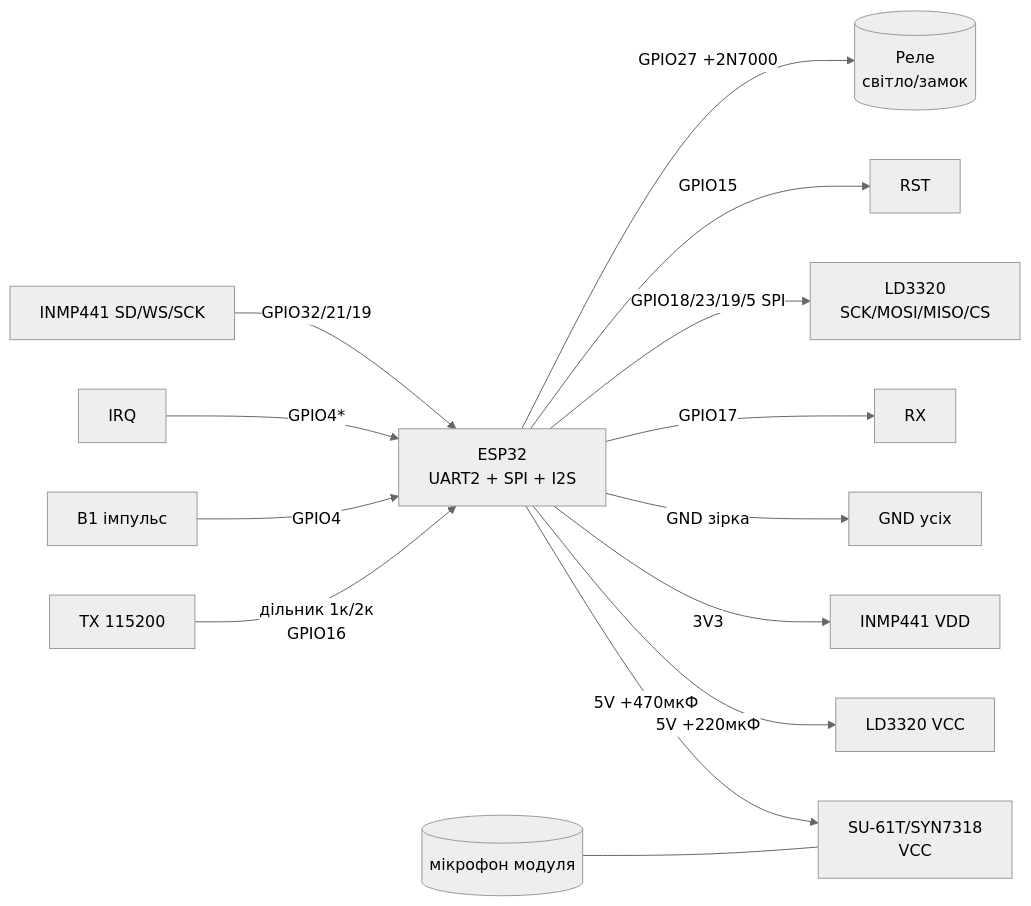
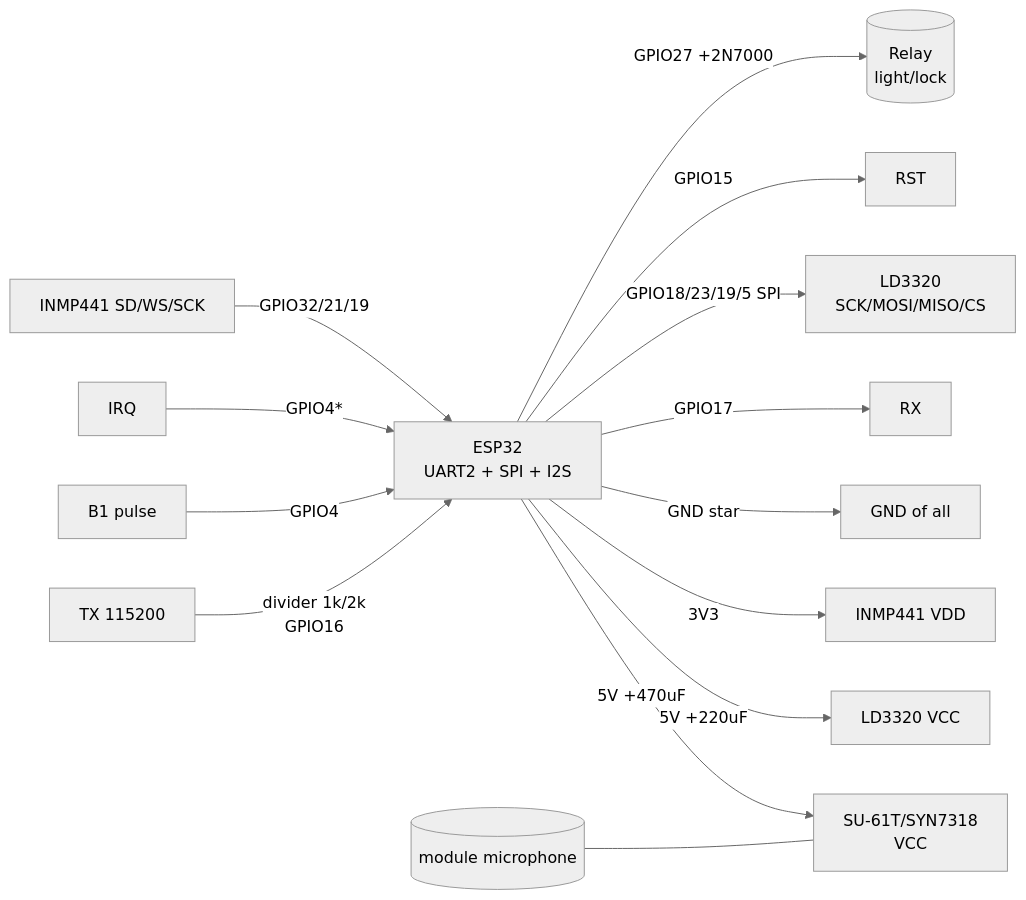
One commit to ksalab/embedded-reference changed the diagram in obsidian_vault/ESP32-Reference/EN/12-Comm-Modules/16-Offline-Voice.en.md. Above: the diagram before and after it, drawn with Mermaid (neutral theme). The commit also changed other lines of this file and 76 other files, not shown here.

````diff
--- a/obsidian_vault/ESP32-Reference/EN/12-Comm-Modules/16-Offline-Voice.en.md
+++ b/obsidian_vault/ESP32-Reference/EN/12-Comm-Modules/16-Offline-Voice.en.md
@@ -293,16 +293,16 @@
 ```mermaid
 graph LR
-    ESP32[ESP32<br/>UART2 + SPI + I2S] -->|5V +470мкФ| SU[SU-61T/SYN7318<br/>VCC]
-    ESP32 -->|5V +220мкФ| LDVCC[LD3320 VCC]
+    ESP32[ESP32<br/>UART2 + SPI + I2S] -->|5V +470uF| SU[SU-61T/SYN7318<br/>VCC]
+    ESP32 -->|5V +220uF| LDVCC[LD3320 VCC]
     ESP32 -->|3V3| INMVDD[INMP441 VDD]
-    ESP32 -->|GND зірка| GNDM[GND усіх]
-    SUTX[TX 115200] -->|дільник 1к/2к<br/>GPIO16| ESP32
+    ESP32 -->|GND star| GNDM[GND of all]
+    SUTX[TX 115200] -->|divider 1k/2k<br/>GPIO16| ESP32
     ESP32 -->|GPIO17| SURX[RX]
-    B1[B1 імпульс] -->|GPIO4| ESP32
+    B1[B1 pulse] -->|GPIO4| ESP32
     ESP32 -->|GPIO18/23/19/5 SPI| LD[LD3320<br/>SCK/MOSI/MISO/CS]
     IRQ[IRQ] -->|GPIO4*| ESP32
     ESP32 -->|GPIO15| RST[RST]
     INM_SD[INMP441 SD/WS/SCK] -->|GPIO32/21/19| ESP32
-    ESP32 -->|GPIO27 +2N7000| RELAY[(Реле<br/>світло/замок)]
-    MIC[(мікрофон модуля)] --- SU
+    ESP32 -->|GPIO27 +2N7000| RELAY[(Relay<br/>light/lock)]
+    MIC[(module microphone)] --- SU
 ```
````
